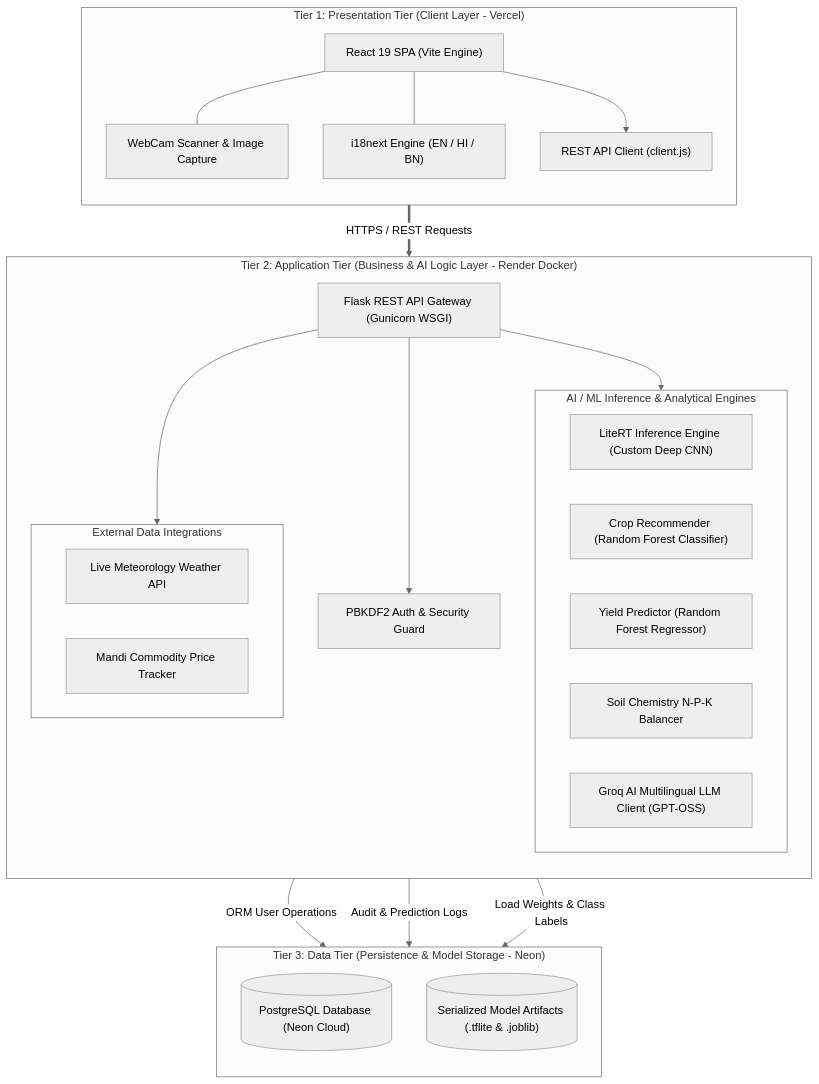
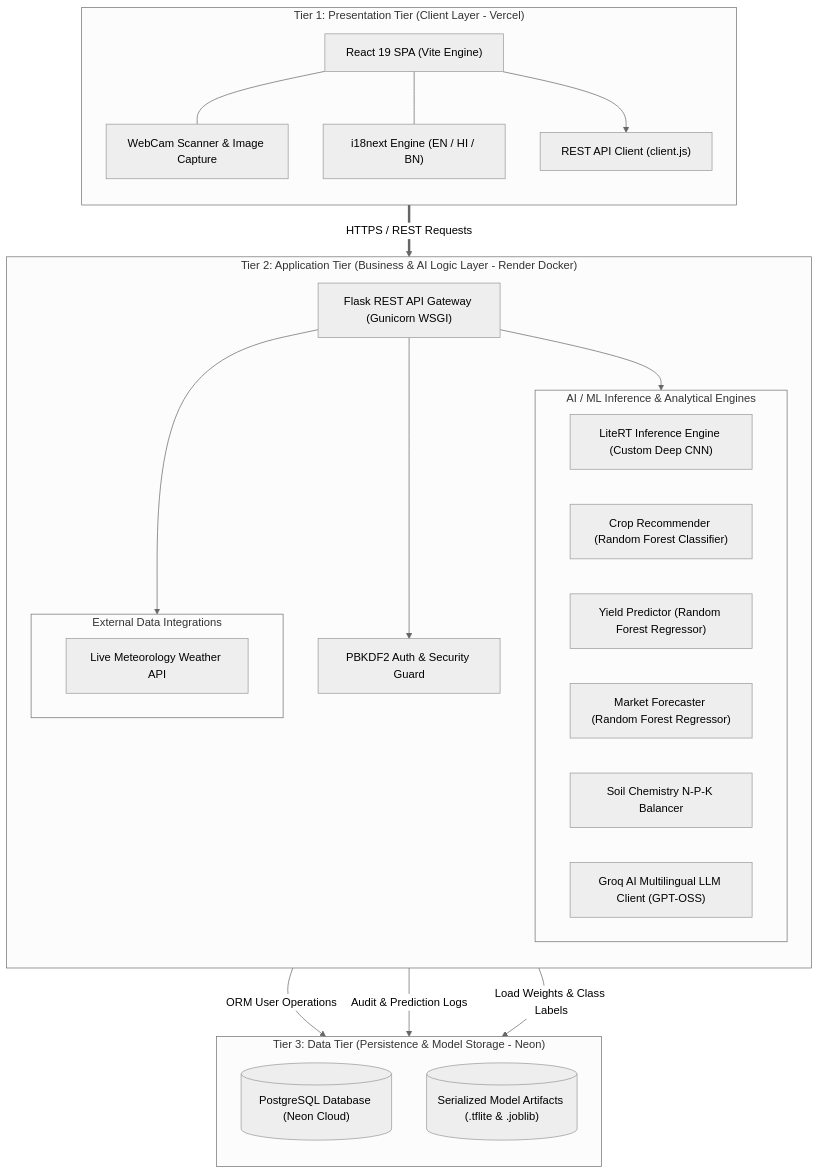
Before and after one commit to Aniruddhasain7/AgriAI: the diagram in README.md, drawn with Mermaid (neutral theme). The commit also changed other lines of this file and 11 other files, not shown here.

Commit message:
feat: add dashboard UI, market price forecasting model, and multi-language support

````diff
--- a/README.md
+++ b/README.md
@@ -191,49 +204,49 @@
 ```mermaid
 graph TB
     subgraph Tier1["Tier 1: Presentation Tier (Client Layer - Vercel)"]
         direction TB
         UI["React 19 SPA (Vite Engine)"]
         Cam["WebCam Scanner & Image Capture"]
         I18N["i18next Engine (EN / HI / BN)"]
         APIClient["REST API Client (client.js)"]
 
         UI --- Cam
         UI --- I18N
         UI --> APIClient
     end
 
     subgraph Tier2["Tier 2: Application Tier (Business & AI Logic Layer - Render Docker)"]
         direction TB
         Flask["Flask REST API Gateway (Gunicorn WSGI)"]
         Auth["PBKDF2 Auth & Security Guard"]
 
         subgraph ML_AI["AI / ML Inference & Analytical Engines"]
             LiteRT["LiteRT Inference Engine (Custom Deep CNN)"]
             CropRF["Crop Recommender (Random Forest Classifier)"]
             YieldRF["Yield Predictor (Random Forest Regressor)"]
+            MarketRF["Market Forecaster (Random Forest Regressor)"]
             SoilEng["Soil Chemistry N-P-K Balancer"]
             LLM["Groq AI Multilingual LLM Client (GPT-OSS)"]
         end
 
         subgraph ExternalAPIs["External Data Integrations"]
             Weather["Live Meteorology Weather API"]
-            Market["Mandi Commodity Price Tracker"]
         end
 
         Flask --> Auth
         Flask --> ML_AI
         Flask --> ExternalAPIs
     end
 
     subgraph Tier3["Tier 3: Data Tier (Persistence & Model Storage - Neon)"]
         direction TB
         DB[("PostgreSQL Database (Neon Cloud)")]
         Models[("Serialized Model Artifacts (.tflite & .joblib)")]
     end
 
     %% Tier Data Flow
     APIClient ==>|HTTPS / REST Requests| Flask
     Auth -->|ORM User Operations| DB
     ML_AI -->|Audit & Prediction Logs| DB
     ML_AI -->|Load Weights & Class Labels| Models
 ```
````
